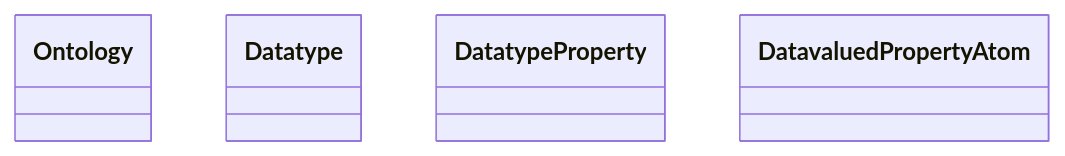
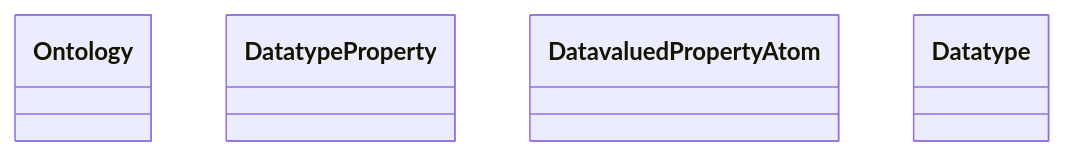
The diagram in output/ieswc_meta/SEO.owl-abstract-7-0-hard.md (oeg-upm/Devos), drawn with Mermaid before and after one commit. The commit also changed other lines of this file and 17 other files, not shown here.

````diff
--- a/output/ieswc_meta/SEO.owl-abstract-7-0-hard.md
+++ b/output/ieswc_meta/SEO.owl-abstract-7-0-hard.md
@@ -1,23 +1,23 @@
 ```mermaid
 	classDiagram
 
     
     class Ontology {
-    
-    }
-
-    class Datatype {
     
     }
 
     class Datatype Property {
     
     }
 
     class Datavalued Property Atom {
     
     }
 
+    class Datatype {
+    
+    }
+
 
 
 ```
````
